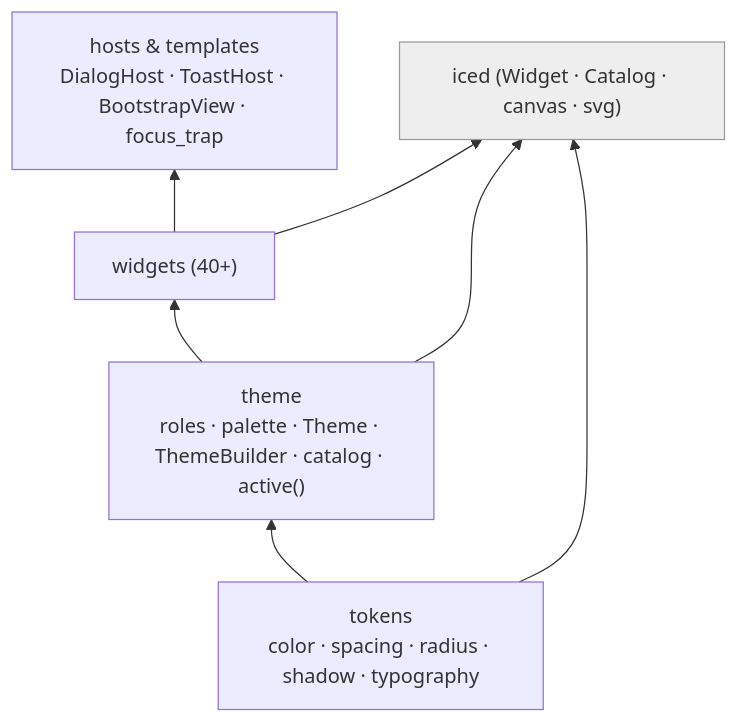
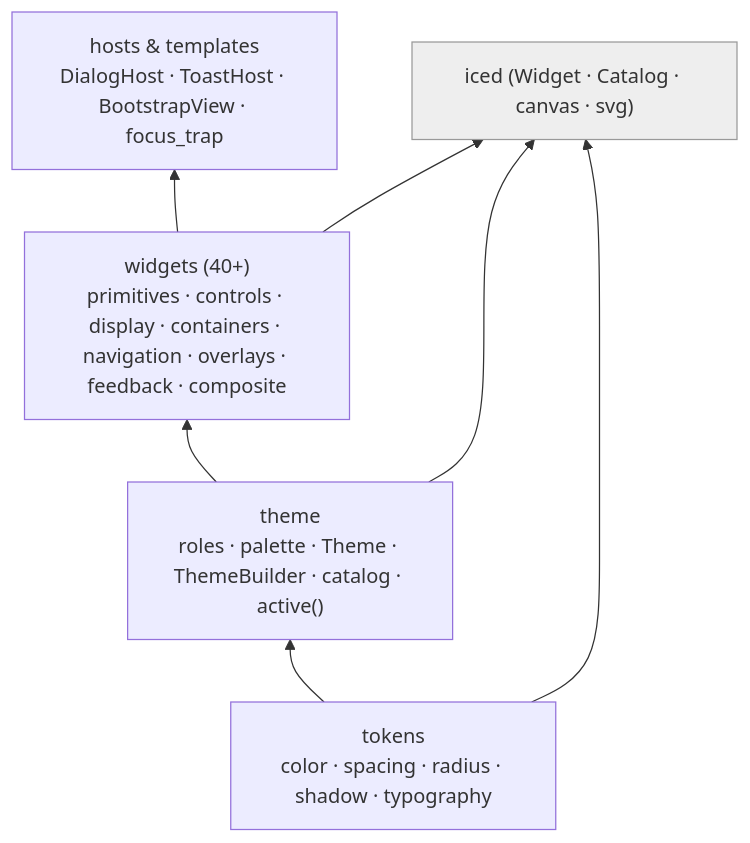
Before and after one commit to JirlanSouza/nive: the second of 2 diagrams in docs/architecture/ui-components.md, drawn with Mermaid. The commit also changed other lines of this file and 9 other files, not shown here.

First line of the commit message:
docs: update architecture, API surface, and component docs for nive-core

````diff
--- a/docs/architecture/ui-components.md
+++ b/docs/architecture/ui-components.md
@@ -39,16 +48,16 @@
 ```mermaid
 flowchart BT
     iced["iced (Widget · Catalog · canvas · svg)"]
     tokens["tokens<br/>color · spacing · radius · shadow · typography"]
     theme["theme<br/>roles · palette · Theme · ThemeBuilder · catalog · active()"]
-    widgets["widgets (40+)"]
+    widgets["widgets (40+)<br/>primitives · controls · display · containers · navigation · overlays · feedback · composite"]
     hosts["hosts & templates<br/>DialogHost · ToastHost · BootstrapView · focus_trap"]
 
     tokens --> theme --> widgets --> hosts
     tokens --> iced
     widgets --> iced
     theme --> iced
 
     classDef ext fill:#eee,stroke:#999,color:#333;
     class iced ext;
 ```
````
